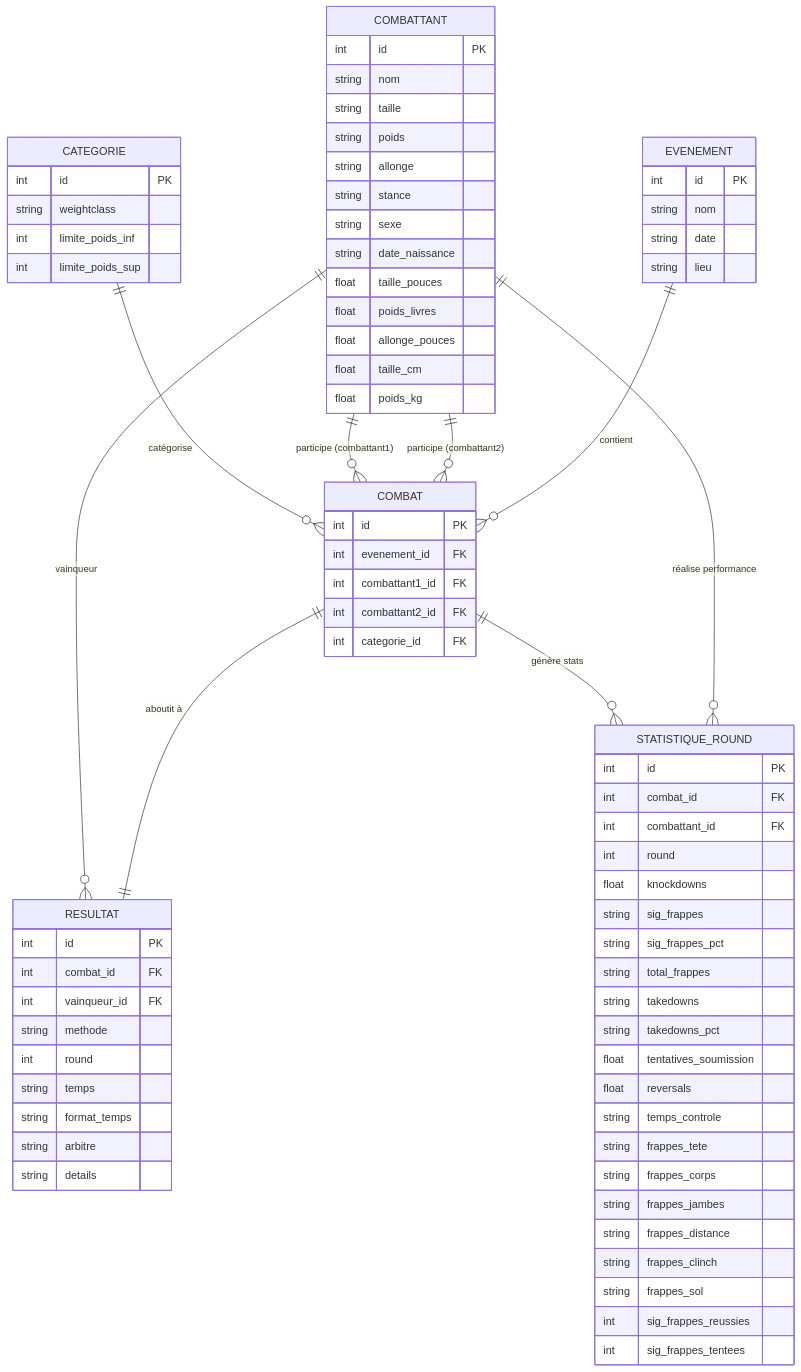
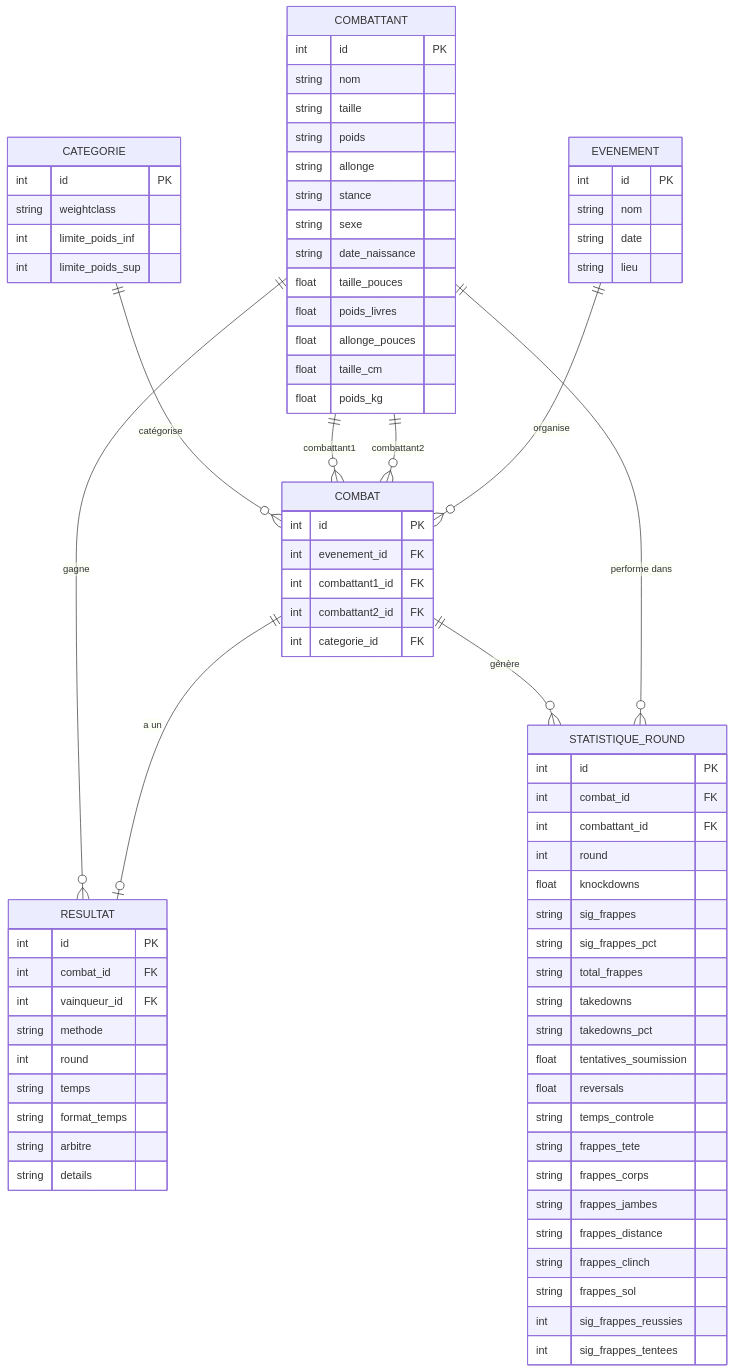
The diagram in README.md (arnaudkdbtr/M1S2-SQL-UFC), drawn with Mermaid before and after one commit.

````diff
--- a/README.md
+++ b/README.md
@@ -144,11 +144,11 @@
     }
     
     CATEGORIE ||--o{ COMBAT : "catégorise"
-    COMBATTANT ||--o{ COMBAT : "participe (combattant1)"
-    COMBATTANT ||--o{ COMBAT : "participe (combattant2)"
-    COMBATTANT ||--o{ RESULTAT : "vainqueur"
-    EVENEMENT ||--o{ COMBAT : "contient"
-    COMBAT ||--|| RESULTAT : "aboutit à"
-    COMBAT ||--o{ STATISTIQUE_ROUND : "génère stats"
-    COMBATTANT ||--o{ STATISTIQUE_ROUND : "réalise performance"
+    COMBATTANT ||--o{ COMBAT : "combattant1"
+    COMBATTANT ||--o{ COMBAT : "combattant2"
+    COMBATTANT ||--o{ RESULTAT : "gagne"
+    EVENEMENT ||--o{ COMBAT : "organise"
+    COMBAT ||--o| RESULTAT : "a un"
+    COMBAT ||--o{ STATISTIQUE_ROUND : "génère"
+    COMBATTANT ||--o{ STATISTIQUE_ROUND : "performe dans"
 ```
````
